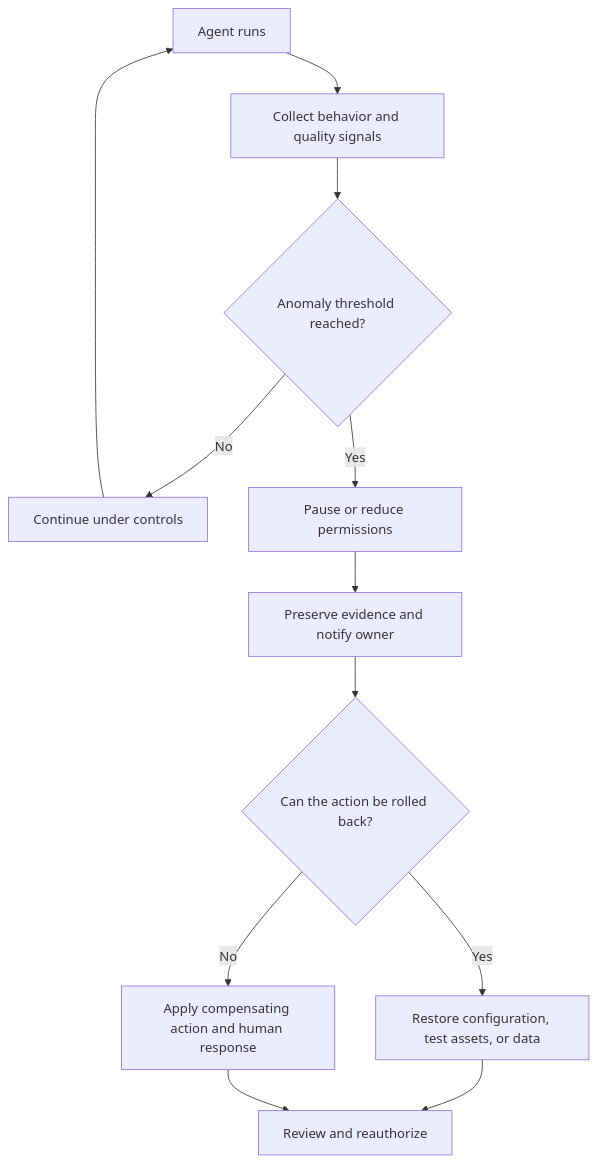
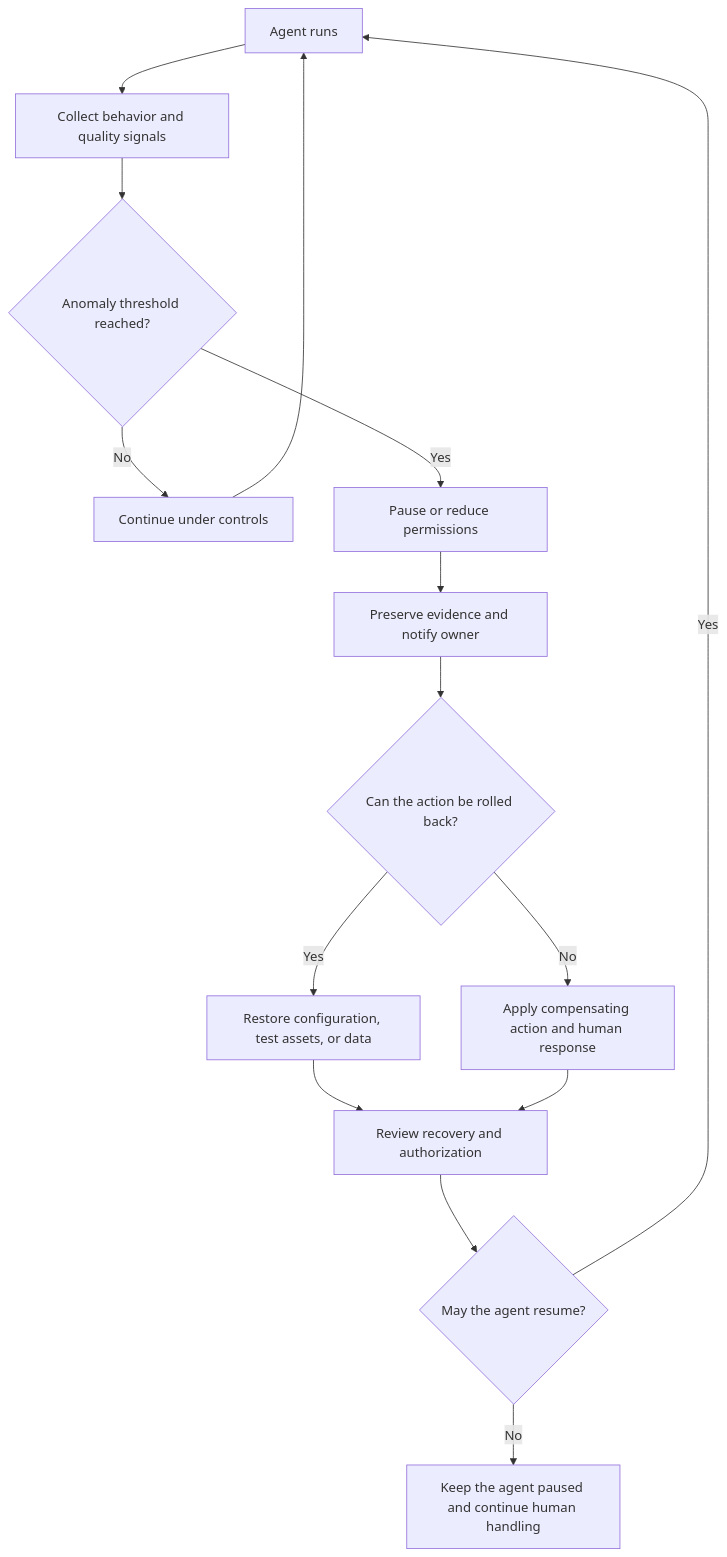
One commit to naodeng/naodeng.com.cn changed the third of 5 diagrams in src/blog/en/AI-Testing/agentic-ai-governance-testing.mdx. Above: the diagram before and after it, drawn with Mermaid. The commit also changed other lines of this file and 10 other files, not shown here.

Commit message:
docs: review November blog diagrams

````diff
--- a/src/blog/en/AI-Testing/agentic-ai-governance-testing.mdx
+++ b/src/blog/en/AI-Testing/agentic-ai-governance-testing.mdx
@@ -145,14 +150,17 @@
 ```mermaid
 flowchart TD
     A[Agent runs] --> B[Collect behavior and quality signals]
     B --> C{Anomaly threshold reached?}
     C -->|No| D[Continue under controls]
     D --> A
     C -->|Yes| E[Pause or reduce permissions]
     E --> F[Preserve evidence and notify owner]
     F --> G{Can the action be rolled back?}
     G -->|Yes| H[Restore configuration, test assets, or data]
     G -->|No| I[Apply compensating action and human response]
-    H --> J[Review and reauthorize]
+    H --> J[Review recovery and authorization]
     I --> J
+    J --> K{May the agent resume?}
+    K -->|Yes| A
+    K -->|No| L[Keep the agent paused and continue human handling]
 ```
````
